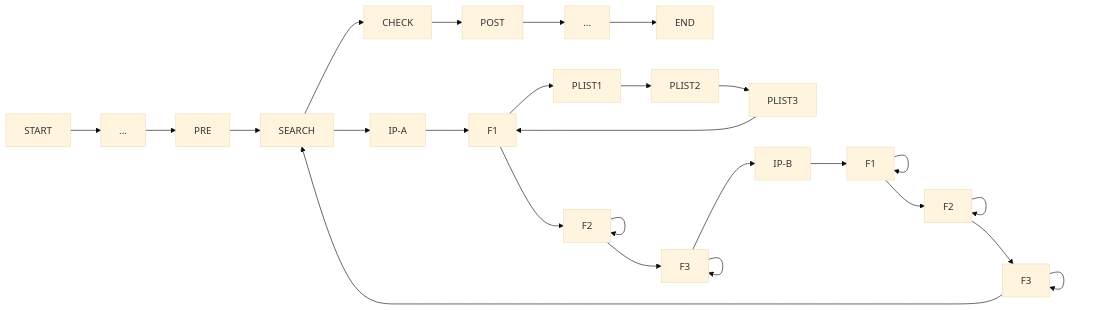
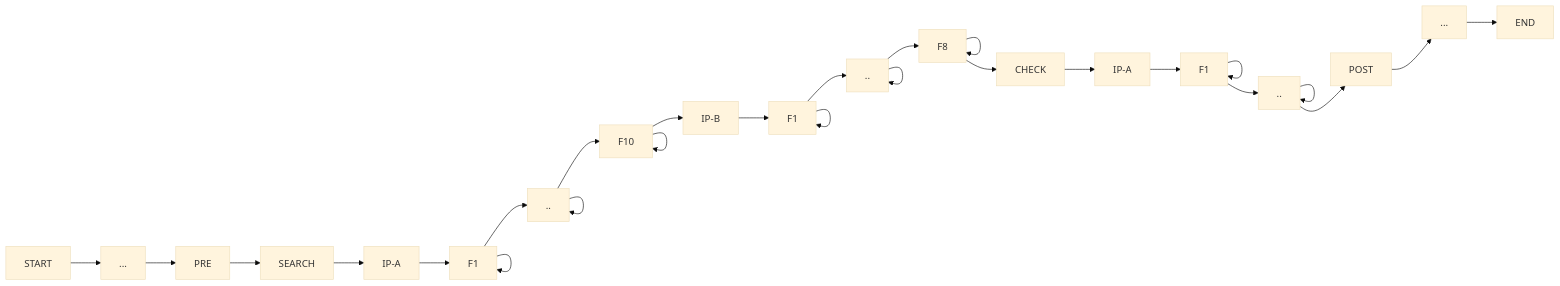
Before and after one commit to imahamdan/ctt_docs: the second of 11 diagrams in Writerside/topics/convergedvminsearch-1.md, drawn with Mermaid (base theme). The commit also changed other lines of this file and 11 other files, not shown here.

````diff
--- a/Writerside/topics/convergedvminsearch-1.md
+++ b/Writerside/topics/convergedvminsearch-1.md
@@ -33,15 +40,21 @@
 ```mermaid
 graph LR
-  T10["START"] --> T0["..."] --> T1["PRE"] --> T2["SEARCH"] --> T3["CHECK"] --> T4["POST"] --> TN["..."]--> TE["END"]
+  T10["START"] --> T0["..."] --> T1["PRE"] --> T2["SEARCH"] 
   T2 --> IP-A 
-  IP-A --> FA1["F1"] --> FA2["F2"] --> FA3["F3"]
+  IP-A --> FA1["F1"] --> FA2[".."] --> FA3["F10"]
   FA2 --> FA2
   FA3 --> FA3
-  FA1 --> PLIST1 --> PLIST2 --> PLIST3 --> FA1
-  IP-B --> FB1["F1"] --> FB2["F2"] --> FB3["F3"] --> T2
+  FA1 --> FA1
+  IP-B --> FB1["F1"] --> FB2[".."] --> FB3["F8"]
   FB1 --> FB1
   FB2 --> FB2
   FB3 --> FB3
   FA3 --> IP-B
-  
+  FB3 --> T3["CHECK"]
+  T3 --> CIP["IP-A"]
+  CIP-->CF1["F1"]
+  CF1 --> CF1
+  CF1 --> CF2[".."]
+  CF2 -->CF2
+  CF2 --> T4["POST"] --> TN["..."]--> TE["END"]
 ```
````
